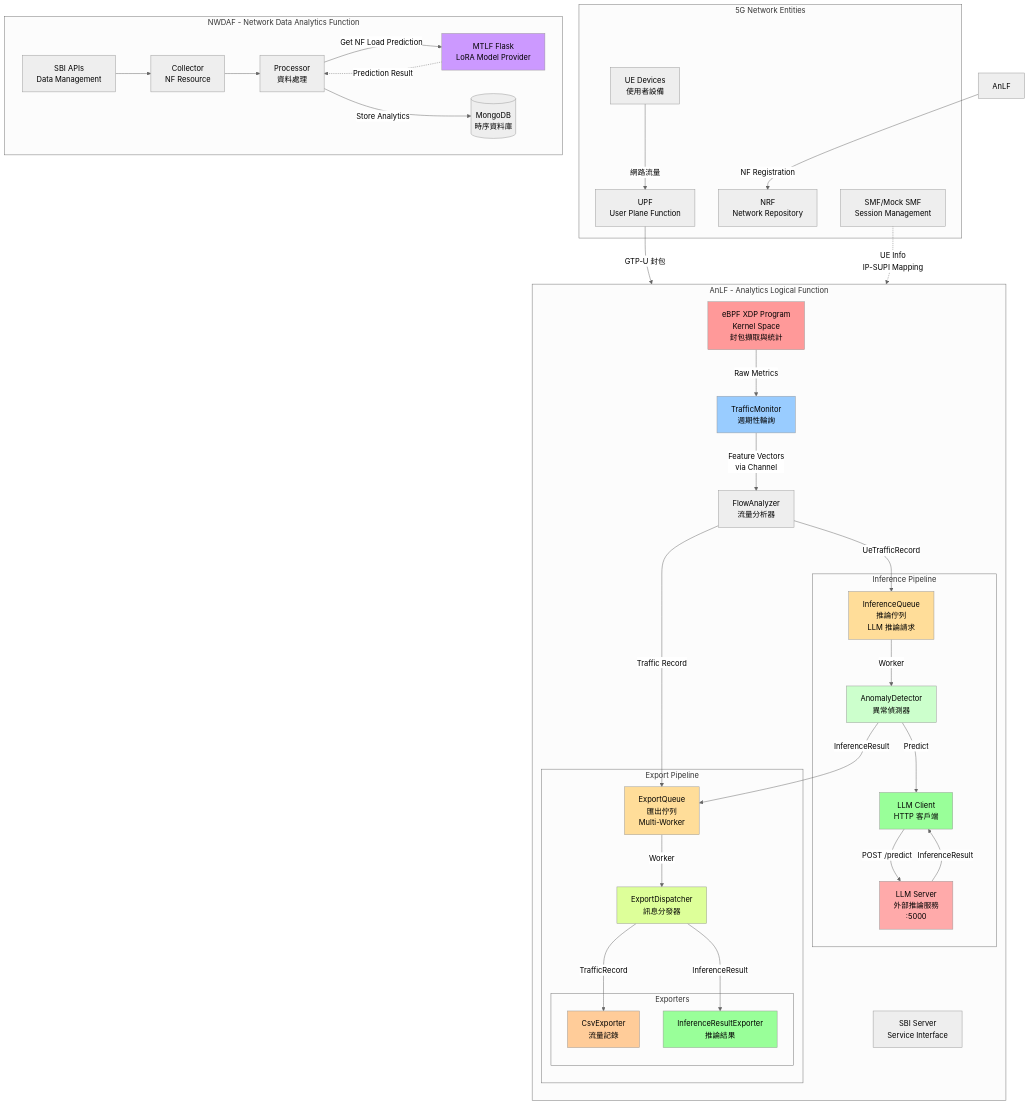
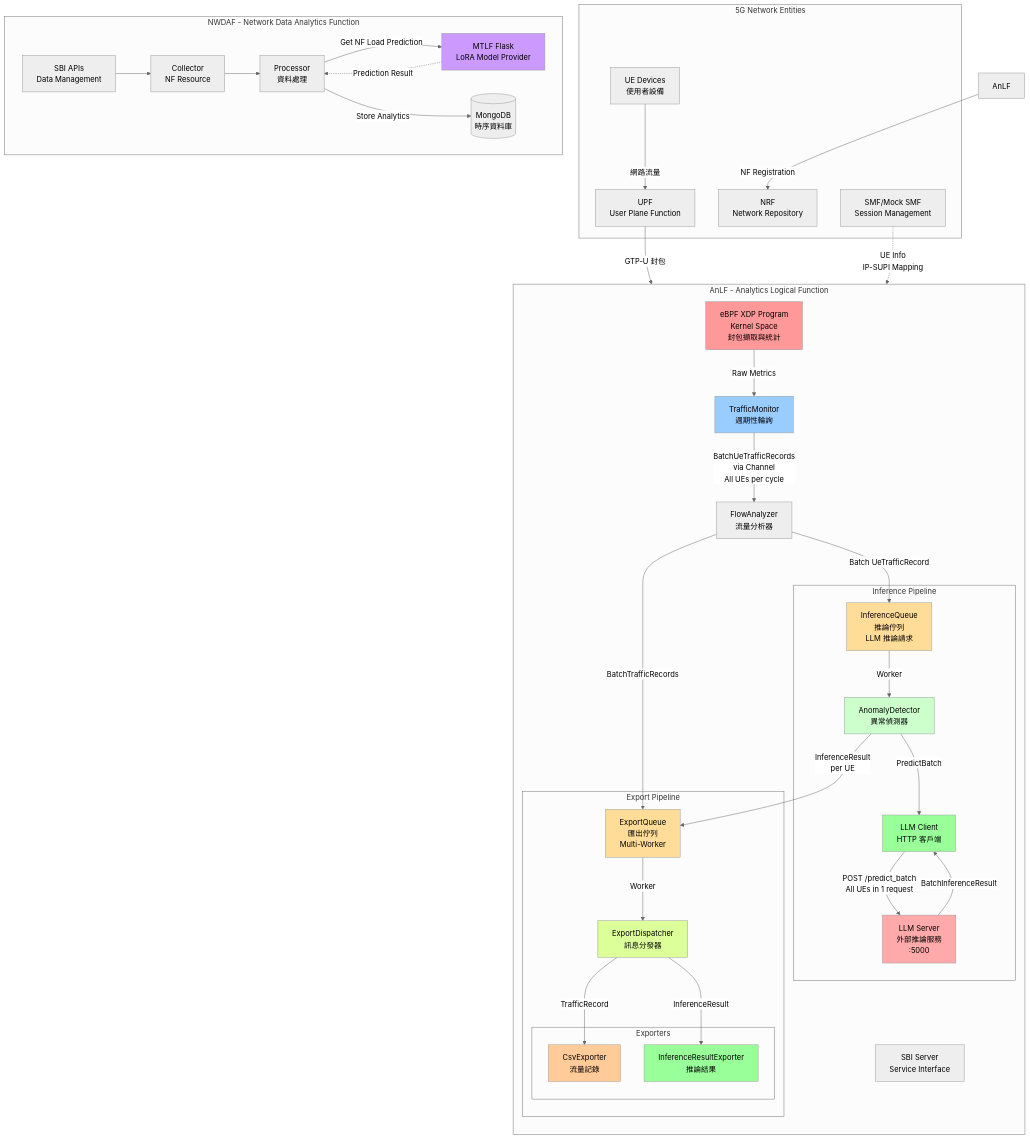
Before and after one commit to ian-cs12-NYCU/AnLF: the first of 8 diagrams in docs/architecture.md, drawn with Mermaid. The commit also changed other lines of this file and 14 other files, not shown here.

```diff
--- a/docs/architecture.md
+++ b/docs/architecture.md
@@ -52,15 +52,15 @@
     eBPF -->|Raw Metrics| Monitor
     SMF -.->|UE Info<br/>IP-SUPI Mapping| Monitor
     
-    Monitor -->|Feature Vectors<br/>via Channel| Analyzer
-    Analyzer -->|Traffic Record| ExpQueue
-    Analyzer -->|UeTrafficRecord| InfQueue
+    Monitor -->|BatchUeTrafficRecords<br/>via Channel<br/>All UEs per cycle| Analyzer
+    Analyzer -->|BatchTrafficRecords| ExpQueue
+    Analyzer -->|Batch UeTrafficRecord| InfQueue
     
     InfQueue -->|Worker| Detector
-    Detector -->|Predict| LLMClient
-    LLMClient -->|POST /predict| LLMServer
-    LLMServer -->|InferenceResult| LLMClient
-    Detector -->|InferenceResult| ExpQueue
+    Detector -->|PredictBatch| LLMClient
+    LLMClient -->|POST /predict_batch<br/>All UEs in 1 request| LLMServer
+    LLMServer -->|BatchInferenceResult| LLMClient
+    Detector -->|InferenceResult<br/>per UE| ExpQueue
     
     ExpQueue -->|Worker| Dispatcher
     Dispatcher -->|TrafficRecord| CSV
```
